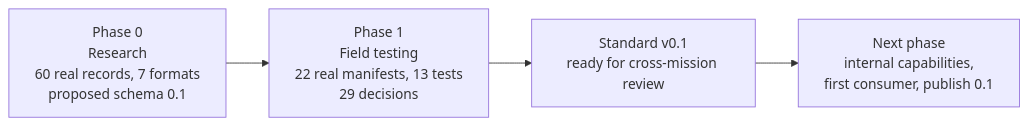
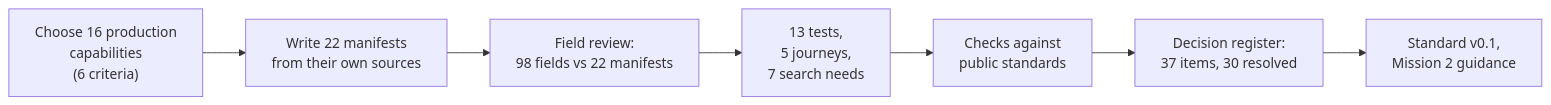
One commit to Mohanraj237/capability-intelligence changed the first of 7 diagrams in docs/phase-1-demo.md. Above: the diagram before and after it, drawn with Mermaid. The commit also changed other lines of this file and 11 other files, not shown here.

````diff
--- a/docs/phase-1-demo.md
+++ b/docs/phase-1-demo.md
@@ -11,6 +230,9 @@
 ```mermaid
 flowchart LR
-    P0["Phase 0<br/>Research<br/>60 real records, 7 formats<br/>proposed schema 0.1"] --> P1["Phase 1<br/>Field testing<br/>22 real manifests, 13 tests<br/>29 decisions"]
-    P1 --> S["Standard v0.1<br/>ready for cross-mission review"]
-    S --> P2["Next phase<br/>internal capabilities,<br/>first consumer, publish 0.1"]
+    A["Choose 16 production<br/>capabilities<br/>(6 criteria)"] --> B["Write 22 manifests<br/>from their own sources"]
+    B --> C["Field review:<br/>98 fields vs 22 manifests"]
+    C --> D["13 tests,<br/>5 journeys,<br/>7 search needs"]
+    D --> E["Checks against<br/>public standards"]
+    E --> F["Decision register:<br/>37 items, 30 resolved"]
+    F --> G["Standard v0.1,<br/>Mission 2 guidance"]
 ```
````
